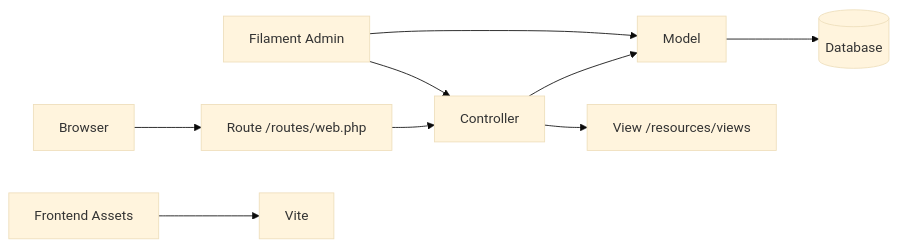
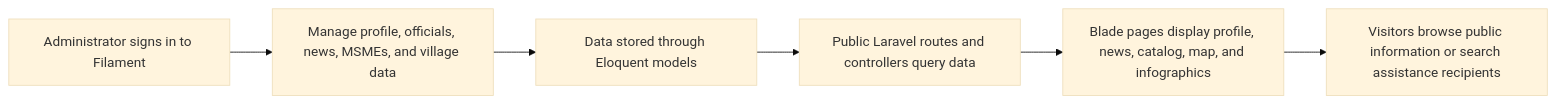
One commit to muisnryn/DesaSukamaju-FIlament changed the first of 2 diagrams in README.md. Above: the diagram before and after it, drawn with Mermaid (base theme). The commit also changed other lines of this file, not shown here.

Commit message:
docs: rewrite village website README from source

````diff
--- a/README.md
+++ b/README.md
@@ -81,11 +41,8 @@
 ```mermaid
 flowchart LR
-    A[Browser] --> B[Route /routes/web.php]
-    B --> C[Controller]
-    C --> D[Model]
-    D --> E[(Database)]
-    C --> F[View /resources/views]
-    G[Filament Admin] --> C
-    G --> D
-    H[Frontend Assets] --> I[Vite]
+    A[Administrator signs in to Filament] --> B[Manage profile, officials, news, MSMEs, and village data]
+    B --> C[Data stored through Eloquent models]
+    C --> D[Public Laravel routes and controllers query data]
+    D --> E[Blade pages display profile, news, catalog, map, and infographics]
+    E --> F[Visitors browse public information or search assistance recipients]
 ```
````
